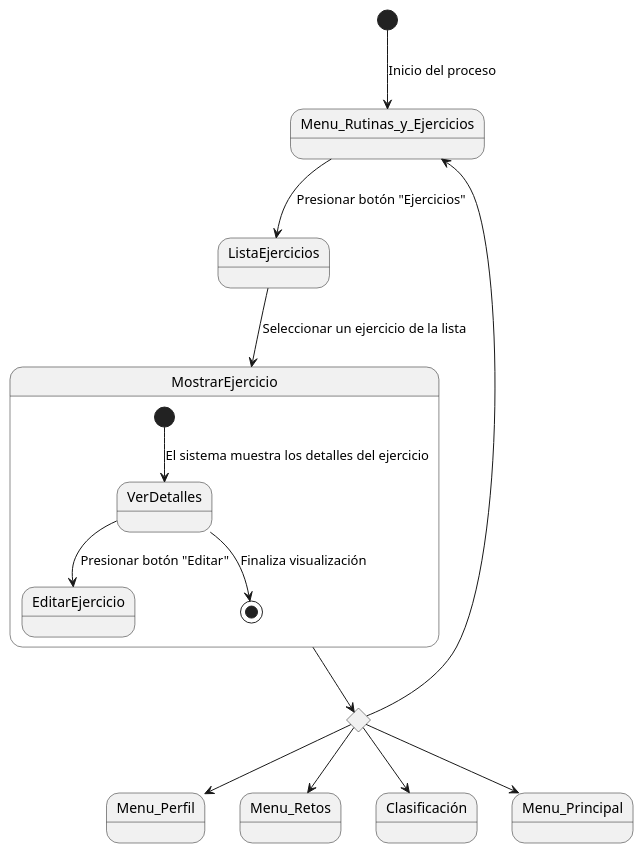
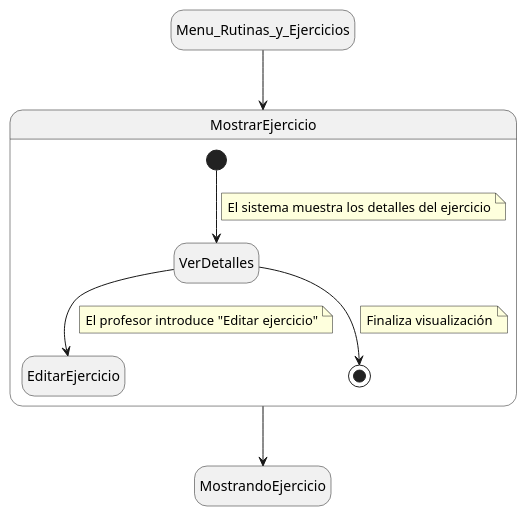
Before and after one commit to mmasias/24-25-IdSw1-SDR: the diagram in Documentos/DetallarCasosDeUso/Profesor/MostrarEjercicio.puml, drawn with PlantUML. The commit also changed 1 other file, not shown here.

Commit message:
Mostrar Ejercicio

```diff
--- a/Documentos/DetallarCasosDeUso/Profesor/MostrarEjercicio.puml
+++ b/Documentos/DetallarCasosDeUso/Profesor/MostrarEjercicio.puml
@@ -1,18 +1,25 @@
-@startuml
-[*] --> Menu_Rutinas_y_Ejercicios : Inicio del proceso
-state rombo <<choice>>
-rombo --> Menu_Perfil
-rombo --> Menu_Retos
-rombo --> Clasificación
-rombo --> Menu_Rutinas_y_Ejercicios
-rombo --> Menu_Principal
+@startuml MostrarEjercicio
 
-Menu_Rutinas_y_Ejercicios --> ListaEjercicios : Presionar botón "Ejercicios"
-ListaEjercicios --> MostrarEjercicio : Seleccionar un ejercicio de la lista
-MostrarEjercicio --> rombo
+hide empty description
+
+state Menu_Rutinas_y_Ejercicios
+state MostrandoEjercicio
 state MostrarEjercicio {
-  [*] --> VerDetalles : El sistema muestra los detalles del ejercicio
-  VerDetalles --> EditarEjercicio : Presionar botón "Editar"
-  VerDetalles --> [*] : Finaliza visualización
+  [*] --> VerDetalles
+  note on link
+    El sistema muestra los detalles del ejercicio
+  end note
+  VerDetalles --> EditarEjercicio
+  note on link
+    El profesor introduce "Editar ejercicio"
+  end note
+  VerDetalles --> [*]
+  note on link
+    Finaliza visualización
+  end note
 }
+
+Menu_Rutinas_y_Ejercicios --> MostrarEjercicio
+MostrarEjercicio --> MostrandoEjercicio
+
 @enduml
```
